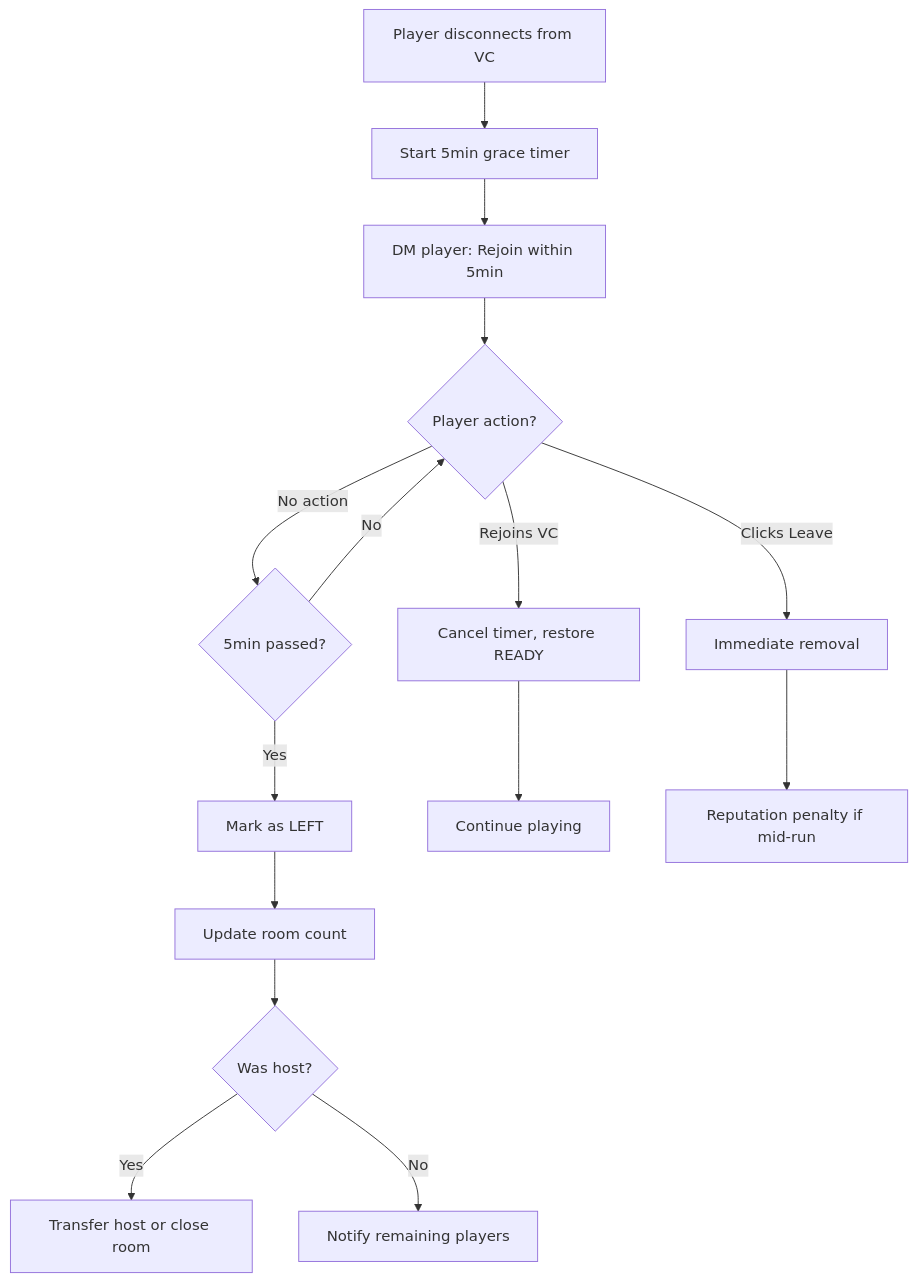
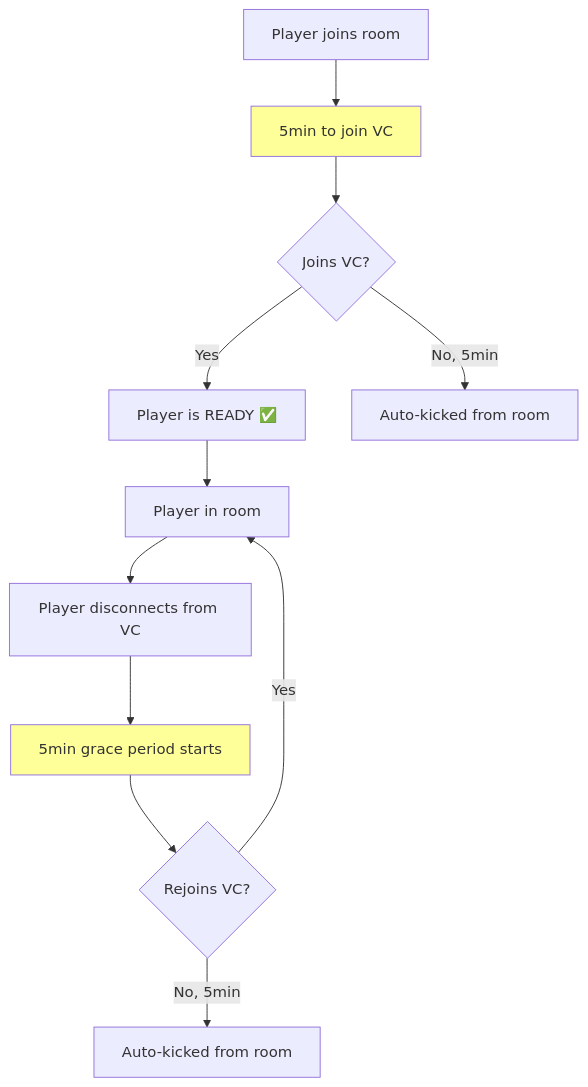
The fifth of 7 diagrams in Requirements/room_lifecycle.md (naruto716/HexLink), drawn with Mermaid before and after one commit. The commit also changed other lines of this file, not shown here.

Commit message:
Add room lifecycle

````diff
--- a/Requirements/room_lifecycle.md
+++ b/Requirements/room_lifecycle.md
@@ -165,21 +194,17 @@
 ```mermaid
 flowchart TD
-    A[Player disconnects from VC] --> B[Start 5min grace timer]
-    B --> C[DM player: Rejoin within 5min]
+    A[Player joins room] --> B[5min to join VC]
+    B --> C{Joins VC?}
+    C -->|Yes| D[Player is READY ✅]
+    C -->|No, 5min| E[Auto-kicked from room]
     
-    C --> D{Player action?}
-    D -->|Rejoins VC| E[Cancel timer, restore READY]
-    D -->|Clicks Leave| F[Immediate removal]
-    D -->|No action| G{5min passed?}
+    D --> F[Player in room]
+    F --> G[Player disconnects from VC]
+    G --> H[5min grace period starts]
+    H --> I{Rejoins VC?}
+    I -->|Yes| F
+    I -->|No, 5min| J[Auto-kicked from room]
     
-    G -->|Yes| H[Mark as LEFT]
-    G -->|No| D
-    
-    H --> I[Update room count]
-    I --> J{Was host?}
-    J -->|Yes| K[Transfer host or close room]
-    J -->|No| L[Notify remaining players]
-    
-    E --> M[Continue playing]
-    F --> N[Reputation penalty if mid-run]
+    style B fill:#ff9
+    style H fill:#ff9
 ```
````
